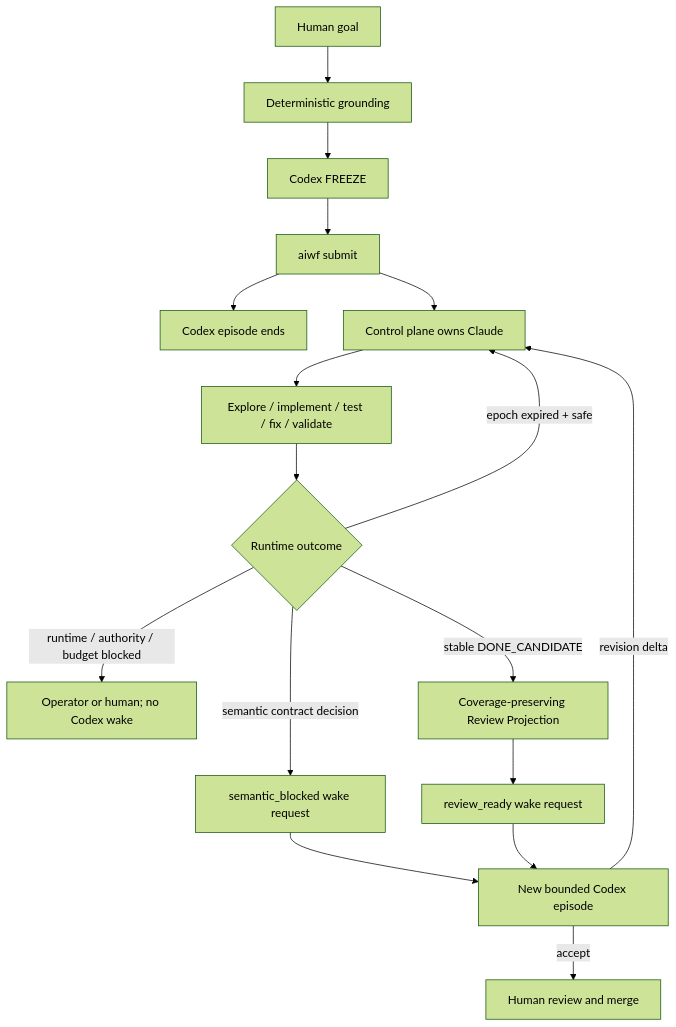
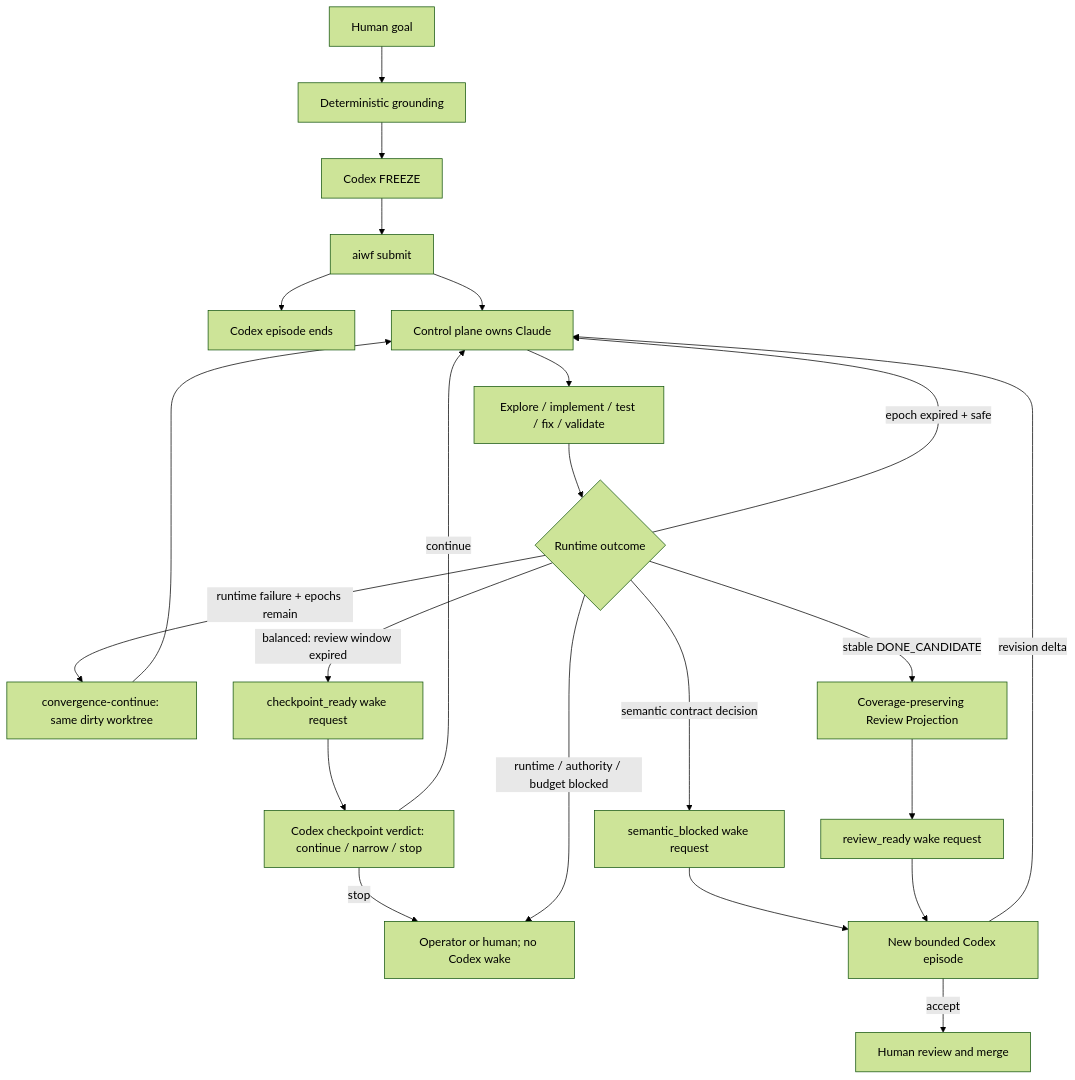
The first of 2 diagrams in README.md (luozj1020/ai-coding-workflow), drawn with Mermaid (forest theme) before and after one commit. The commit also changed other lines of this file and 1 other file, not shown here.

First line of the commit message:
docs: update README with Windowed Bookend balanced mode and three profiles

````diff
--- a/README.md
+++ b/README.md
@@ -127,19 +171,25 @@
 ```mermaid
 flowchart TD
     U[Human goal] --> G[Deterministic grounding]
     G --> F[Codex FREEZE]
     F --> S[aiwf submit]
     S --> Z[Codex episode ends]
     S --> C[Control plane owns Claude]
     C --> E[Explore / implement / test / fix / validate]
     E --> R{Runtime outcome}
     R -- epoch expired + safe --> C
+    R -- runtime failure + epochs remain --> CC[convergence-continue: same dirty worktree]
+    CC --> C
+    R -- balanced: review window expired --> CP[checkpoint_ready wake request]
+    CP --> CV[Codex checkpoint verdict: continue / narrow / stop]
+    CV -- continue --> C
+    CV -- stop --> O
     R -- runtime / authority / budget blocked --> O[Operator or human; no Codex wake]
     R -- semantic contract decision --> W1[semantic_blocked wake request]
     R -- stable DONE_CANDIDATE --> P[Coverage-preserving Review Projection]
     P --> W2[review_ready wake request]
     W1 --> X[New bounded Codex episode]
     W2 --> X
     X -- revision delta --> C
     X -- accept --> H[Human review and merge]
 ```
````
